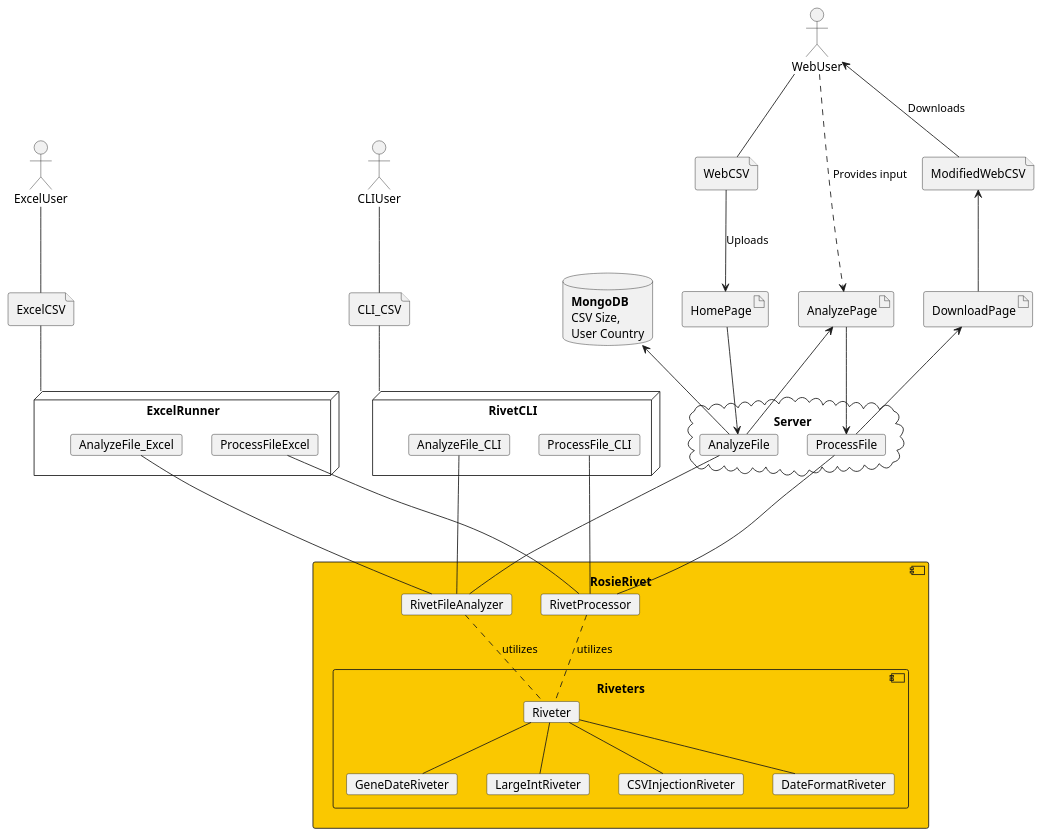
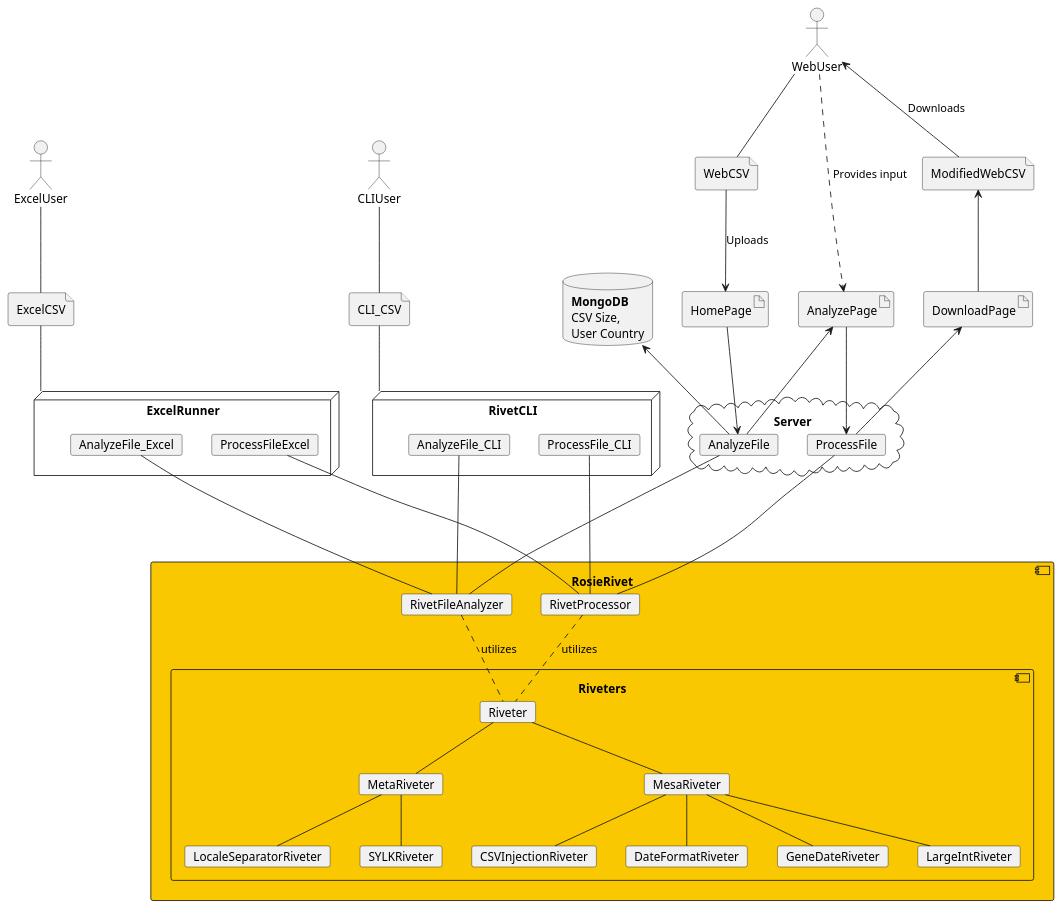
Before and after one commit to mwklose/RosieRivet: the diagram in design/SystemDesign.plantuml, drawn with PlantUML. The commit also changed 21 other files, not shown here.

```diff
--- a/design/SystemDesign.plantuml
+++ b/design/SystemDesign.plantuml
@@ -1,108 +1,119 @@
 @startuml
     skinparam FontSize 18
 
     'Three users, order them
     actor WebUser 
     actor ExcelUser
     actor CLIUser
 
     ' Order the users (will be hidden)
 
     ' Web files and artifacts
     file WebCSV
     file ModifiedWebCSV
     artifact HomePage
     artifact AnalyzePage
     artifact DownloadPage
 
     ' CLI files and artifacts
     file CLI_CSV
     
 
     ' Excel Files and artifacts
     file ExcelCSV
 
     'Three interfaces to run
     cloud Server {
         card AnalyzeFile
         card ProcessFile
     }
 
     node ExcelRunner {
         card AnalyzeFile_Excel
         card ProcessFileExcel
     }
 
     node RivetCLI {
         card AnalyzeFile_CLI
         card ProcessFile_CLI
     }
     component RosieRivet #FAC800 {
         card RivetFileAnalyzer
         card RivetProcessor
         'within riveters, have Apply AND Analyze functions
         component Riveters {
             card Riveter
+
+            card MetaRiveter
+            card MesaRiveter 
+
+            Riveter -- MetaRiveter 
+            Riveter -- MesaRiveter
+
             card GeneDateRiveter
             card LargeIntRiveter
             card CSVInjectionRiveter
             card DateFormatRiveter
+            card LocaleSeparatorRiveter
+            card SYLKRiveter
 
-            Riveter -- GeneDateRiveter
-            Riveter -- LargeIntRiveter
-            Riveter -- CSVInjectionRiveter
-            Riveter -- DateFormatRiveter
+            MesaRiveter -- GeneDateRiveter
+            MesaRiveter -- LargeIntRiveter
+            MesaRiveter -- CSVInjectionRiveter
+            MesaRiveter -- DateFormatRiveter
+            MetaRiveter -- LocaleSeparatorRiveter
+            MetaRiveter -- SYLKRiveter
         }
         RivetFileAnalyzer .. Riveter : utilizes
         RivetProcessor .. Riveter : utilizes
         
     }
 
     database MongoDB [
         <b>MongoDB</b>
         CSV Size,
         User Country
     ]
 
     'USERS 
     WebUser -- WebCSV
     ExcelUser -- ExcelCSV 
     CLIUser -- CLI_CSV
     ' WEB INTERFACE FLOW
     MongoDB <-- AnalyzeFile
 
     
     WebCSV --> HomePage : Uploads
     AnalyzeFile <-- HomePage
     
     AnalyzeFile --- RivetFileAnalyzer
     AnalyzeFile_Excel --- RivetFileAnalyzer
     AnalyzeFile_CLI --- RivetFileAnalyzer
 
     AnalyzePage <-- AnalyzeFile
     WebUser ..> AnalyzePage : Provides input
     AnalyzePage --> ProcessFile
     
     
     DownloadPage <-- ProcessFile
     ProcessFile --- RivetProcessor
     ProcessFileExcel --- RivetProcessor
     ProcessFile_CLI --- RivetProcessor
 
 
     ModifiedWebCSV <-- DownloadPage
     WebUser <-- ModifiedWebCSV : Downloads
 
     'FORMATTING FOR WEBUSER TO BE HAPPY
     MongoDB -[hidden] HomePage
     HomePage -[hidden] AnalyzePage
     AnalyzePage -[hidden] DownloadPage
 
 
     ExcelCSV -- ExcelRunner
     
     CLI_CSV -- RivetCLI
 
     
 
 @enduml
```
